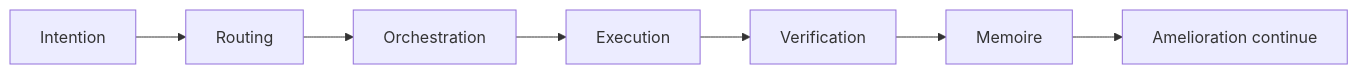
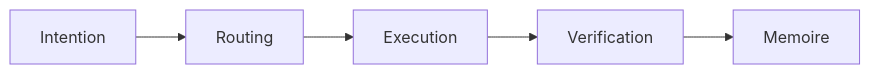
The first of 2 diagrams in docs/presentation-decouverte.md (Guilhem-Bonnet/Grimoire-kit), drawn with Mermaid before and after one commit. The commit also changed other lines of this file and 3 other files, not shown here.

````diff
--- a/docs/presentation-decouverte.md
+++ b/docs/presentation-decouverte.md
@@ -23,9 +40,7 @@
-```mermaid
-flowchart LR
-    A[Intention] --> B[Routing]
-    B --> C[Orchestration]
-    C --> D[Execution]
-    D --> E[Verification]
-    E --> F[Memoire]
-    F --> G[Amelioration continue]
-```
+    ```mermaid
+    flowchart LR
+        A[Intention] --> B[Routing]
+        B --> C[Execution]
+        C --> D[Verification]
+        D --> E[Memoire]
+    ```
````
